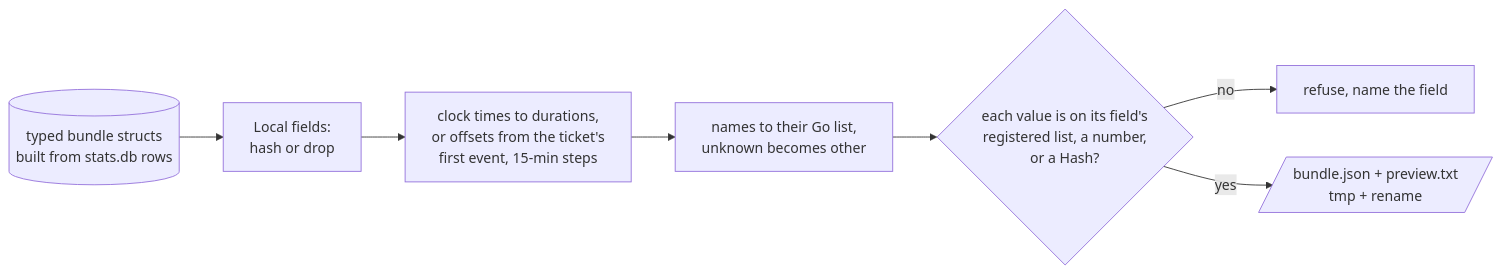
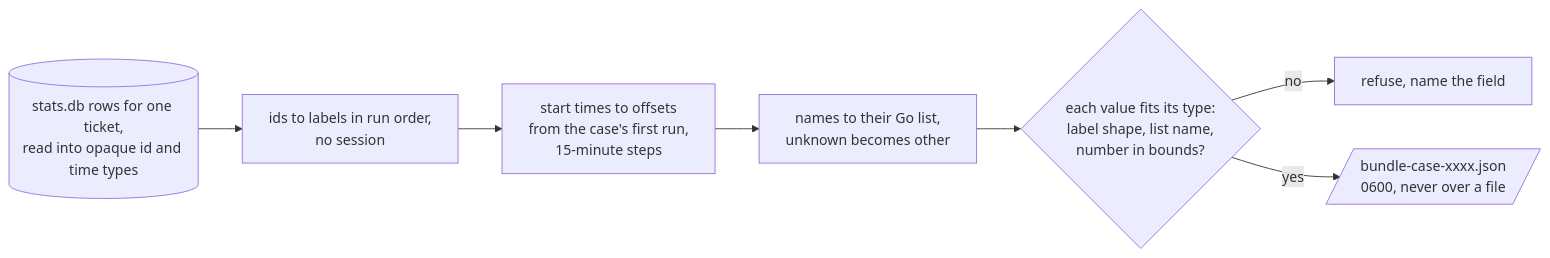
Before and after one commit to ProlesDei/maestro: the eighth of 11 diagrams in docs/design/data-collection.md, drawn with Mermaid. The commit also changed other lines of this file and 3 other files, not shown here.

````diff
--- a/docs/design/data-collection.md
+++ b/docs/design/data-collection.md
@@ -658,9 +619,9 @@
 ```mermaid
 flowchart LR
-  R[("typed bundle structs<br/>built from stats.db rows")] --> F1["Local fields:<br/>hash or drop"]
-  F1 --> F2["clock times to durations,<br/>or offsets from the ticket's<br/>first event, 15-min steps"]
+  R[("stats.db rows for one ticket,<br/>read into opaque id and time types")] --> F1["ids to labels in run order,<br/>no session"]
+  F1 --> F2["start times to offsets<br/>from the case's first run,<br/>15-minute steps"]
   F2 --> F3["names to their Go list,<br/>unknown becomes other"]
-  F3 --> F4{"each value is on its field's<br/>registered list, a number,<br/>or a Hash?"}
+  F3 --> F4{"each value fits its type:<br/>label shape, list name,<br/>number in bounds?"}
   F4 -- no --> X["refuse, name the field"]
-  F4 -- yes --> O[/"bundle.json + preview.txt<br/>tmp + rename"/]
+  F4 -- yes --> O[/"bundle-case-xxxx.json<br/>0600, never over a file"/]
 ```
````
